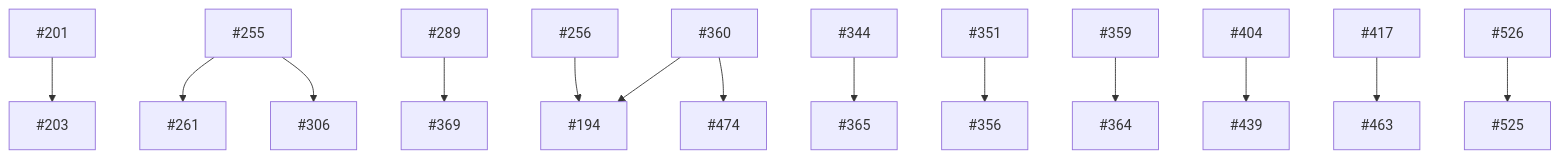
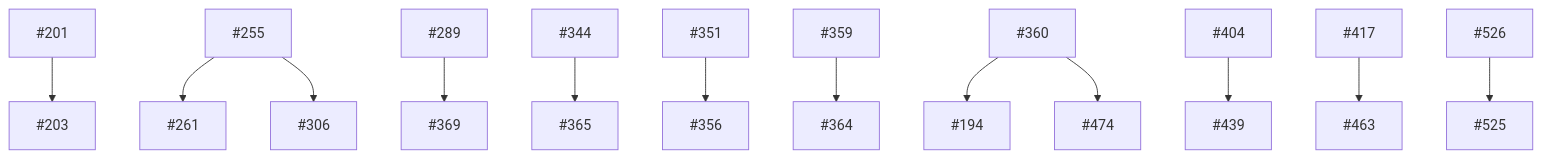
Before and after one commit to ronsse/trellis-ai: the diagram in docs/issues/reviews/2026-09-04/README.md, drawn with Mermaid. The commit also changed other lines of this file and 25 other files, not shown here.

````diff
--- a/docs/issues/reviews/2026-09-04/README.md
+++ b/docs/issues/reviews/2026-09-04/README.md
@@ -75,16 +87,15 @@
 ```mermaid
 flowchart TD
   I201[#201] --> I203[#203]
   I255[#255] --> I261[#261]
   I255[#255] --> I306[#306]
-  I256[#256] --> I194[#194]
   I289[#289] --> I369[#369]
   I344[#344] --> I365[#365]
   I351[#351] --> I356[#356]
   I359[#359] --> I364[#364]
   I360[#360] --> I194[#194]
   I360[#360] --> I474[#474]
   I404[#404] --> I439[#439]
   I417[#417] --> I463[#463]
   I526[#526] --> I525[#525]
 ```
````
